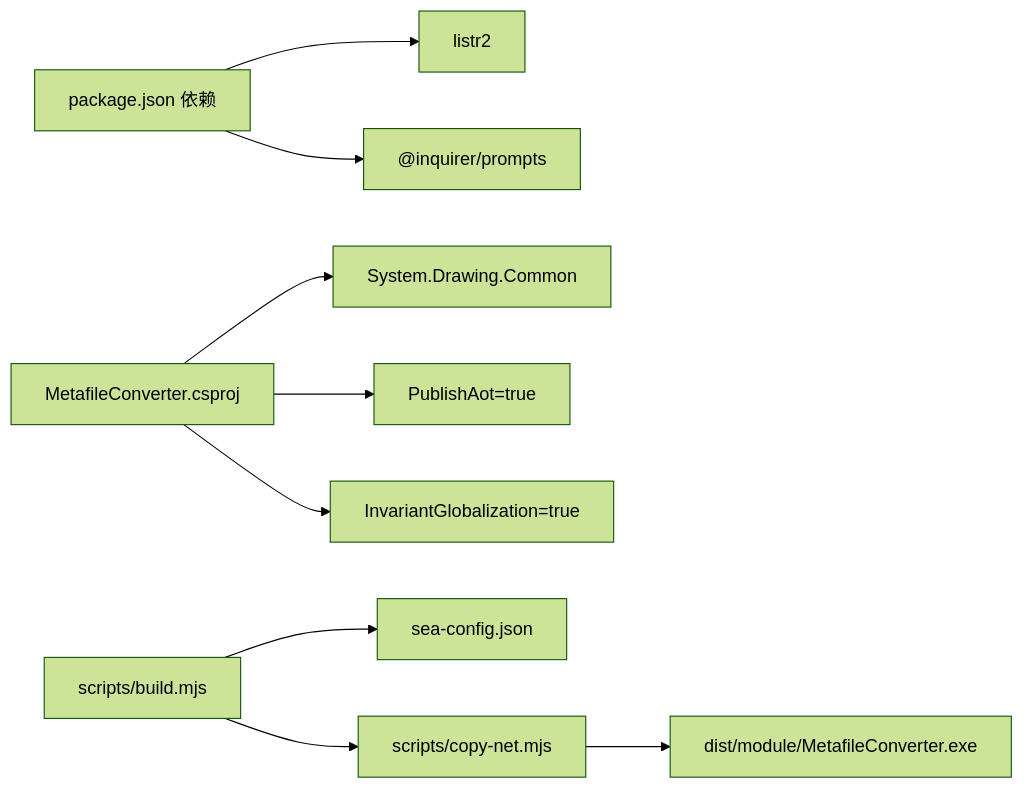
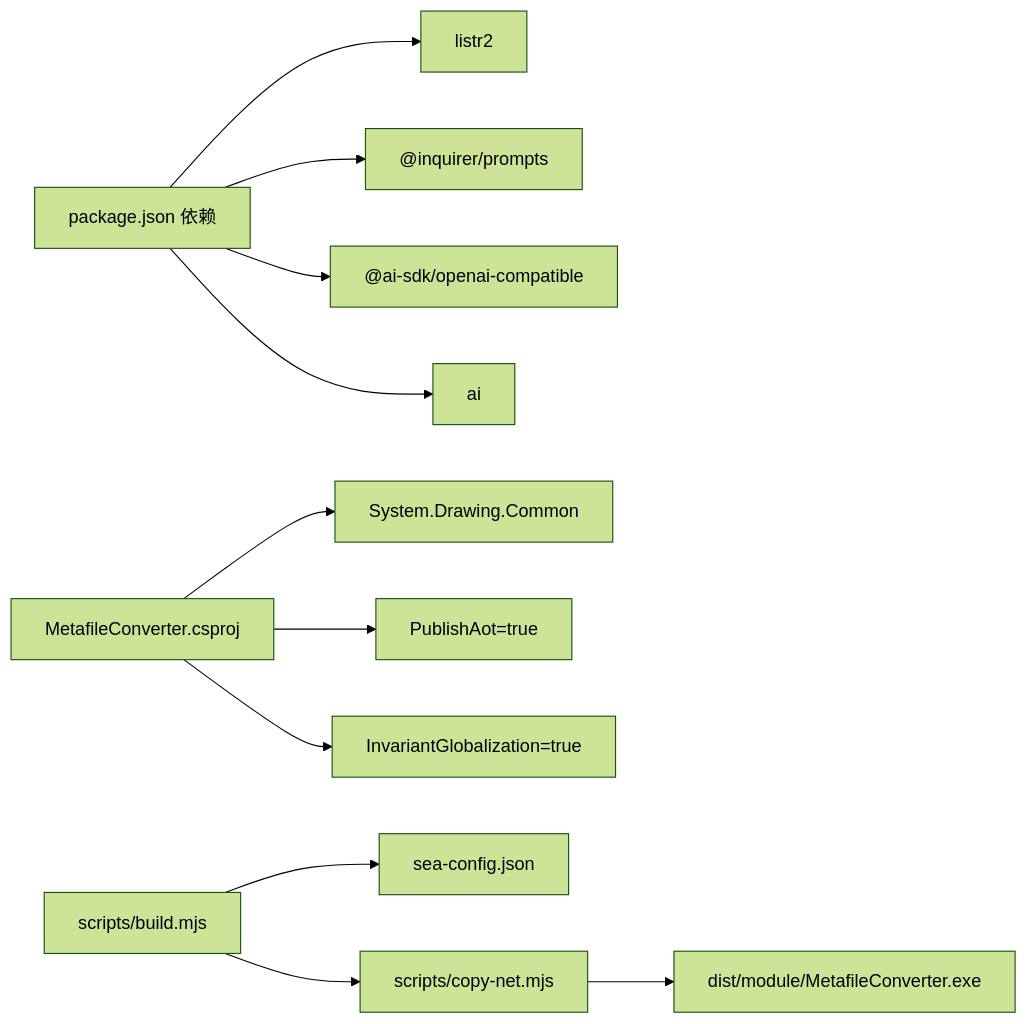
One commit to hllshiro/doc2md-cli changed the ninth of 9 diagrams in .qoder/repowiki/zh/content/转换模块详解/矢量图处理模块.md. Above: the diagram before and after it, drawn with Mermaid (forest theme). The commit also changed other lines of this file and 6 other files, not shown here.

First line of the commit message:
feat(media): 扩展媒体处理支持多格式及AI图片识别

````diff
--- a/.qoder/repowiki/zh/content/转换模块详解/矢量图处理模块.md
+++ b/.qoder/repowiki/zh/content/转换模块详解/矢量图处理模块.md
@@ -341,11 +444,13 @@
 ```mermaid
 graph LR
 PKG["package.json 依赖"] --> LST["listr2"]
 PKG --> INQ["@inquirer/prompts"]
+PKG --> AI["@ai-sdk/openai-compatible"]
+PKG --> AI2["ai"]
 NET["MetafileConverter.csproj"] --> SD["System.Drawing.Common"]
 NET --> AOT["PublishAot=true"]
 NET --> IG["InvariantGlobalization=true"]
 BUILD["scripts/build.mjs"] --> SEA["sea-config.json"]
 BUILD --> CN["scripts/copy-net.mjs"]
 CN --> EXE["dist/module/MetafileConverter.exe"]
 ```
````
